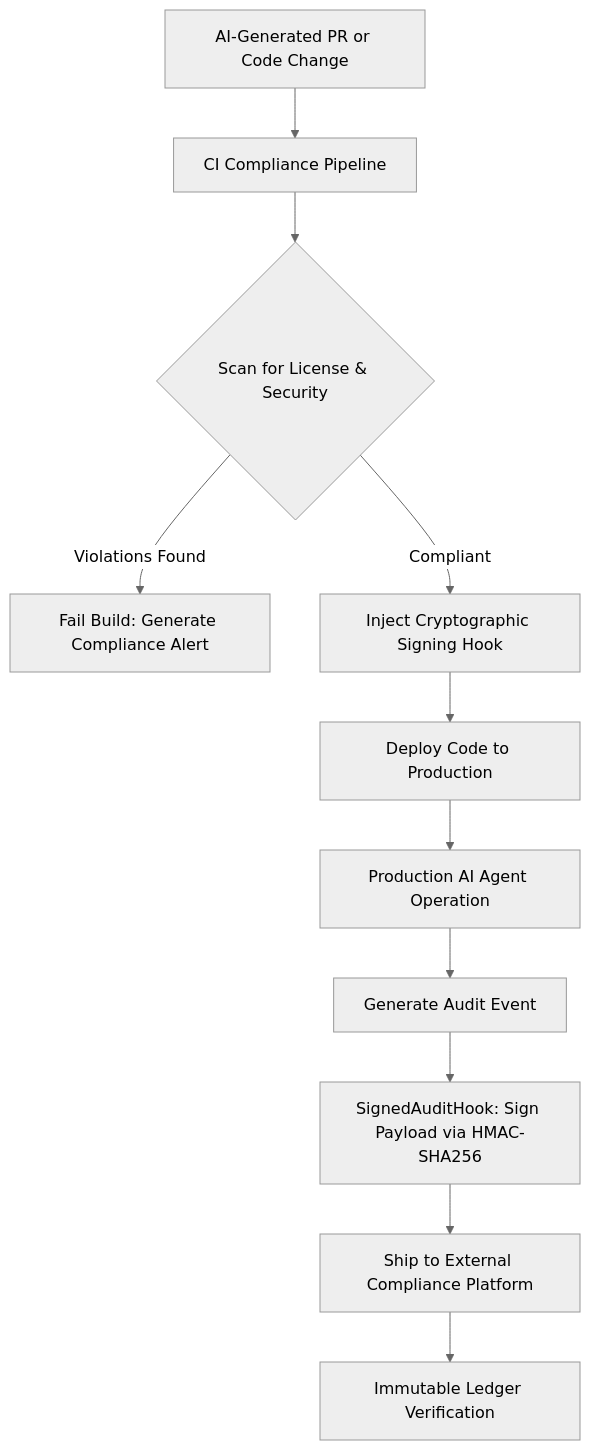
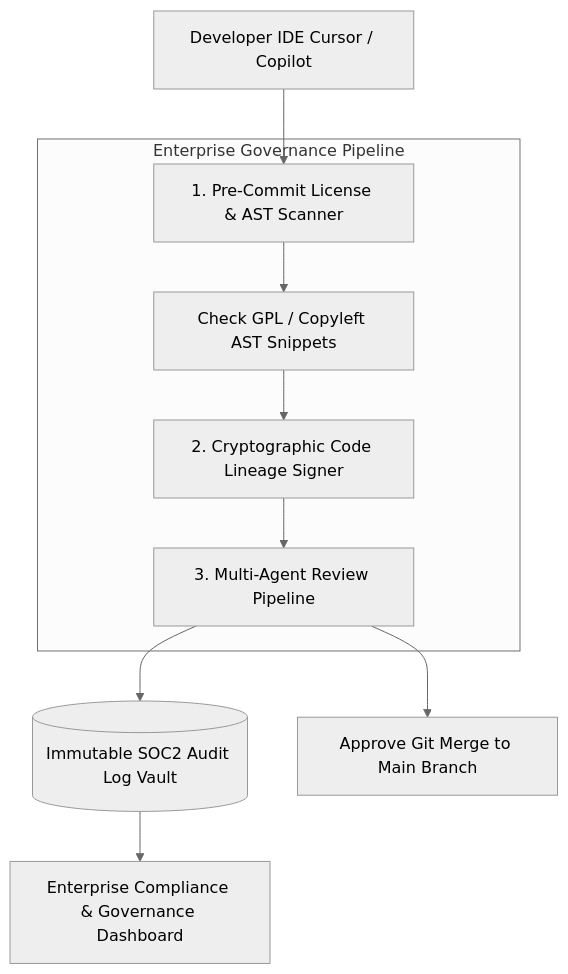
Before and after one commit to vesviet/vesviet: the diagram in content/series/ai-code-review-vibe-coding/part-6-governance-observability-career.md, drawn with Mermaid (neutral theme). The commit also changed other lines of this file and 180 other files, not shown here.

````diff
--- a/content/series/ai-code-review-vibe-coding/part-6-governance-observability-career.md
+++ b/content/series/ai-code-review-vibe-coding/part-6-governance-observability-career.md
@@ -358,13 +40,15 @@
 ```mermaid
 graph TD
-    A[AI-Generated PR or Code Change] --> B[CI Compliance Pipeline]
-    B --> C{Scan for License & Security}
-    C -->|Violations Found| D[Fail Build: Generate Compliance Alert]
-    C -->|Compliant| E[Inject Cryptographic Signing Hook]
-    E --> F[Deploy Code to Production]
-    F --> G[Production AI Agent Operation]
-    G --> H[Generate Audit Event]
-    H --> I[SignedAuditHook: Sign Payload via HMAC-SHA256]
-    I --> J[Ship to External Compliance Platform]
-    J --> K[Immutable Ledger Verification]
+    DevIDE[Developer IDE Cursor / Copilot] --> PreCommit[1. Pre-Commit License & AST Scanner]
+    
+    subgraph Enterprise Governance Pipeline
+        PreCommit --> LicenseGuard[Check GPL / Copyleft AST Snippets]
+        LicenseGuard --> ProvenanceSigner[2. Cryptographic Code Lineage Signer]
+        ProvenanceSigner --> MAReview[3. Multi-Agent Review Pipeline]
+    end
+
+    MAReview --> AuditVault[(Immutable SOC2 Audit Log Vault)]
+    MAReview --> ApprovedMerge[Approve Git Merge to Main Branch]
+
+    AuditVault --> ComplianceDashboard[Enterprise Compliance & Governance Dashboard]
 ```
````
